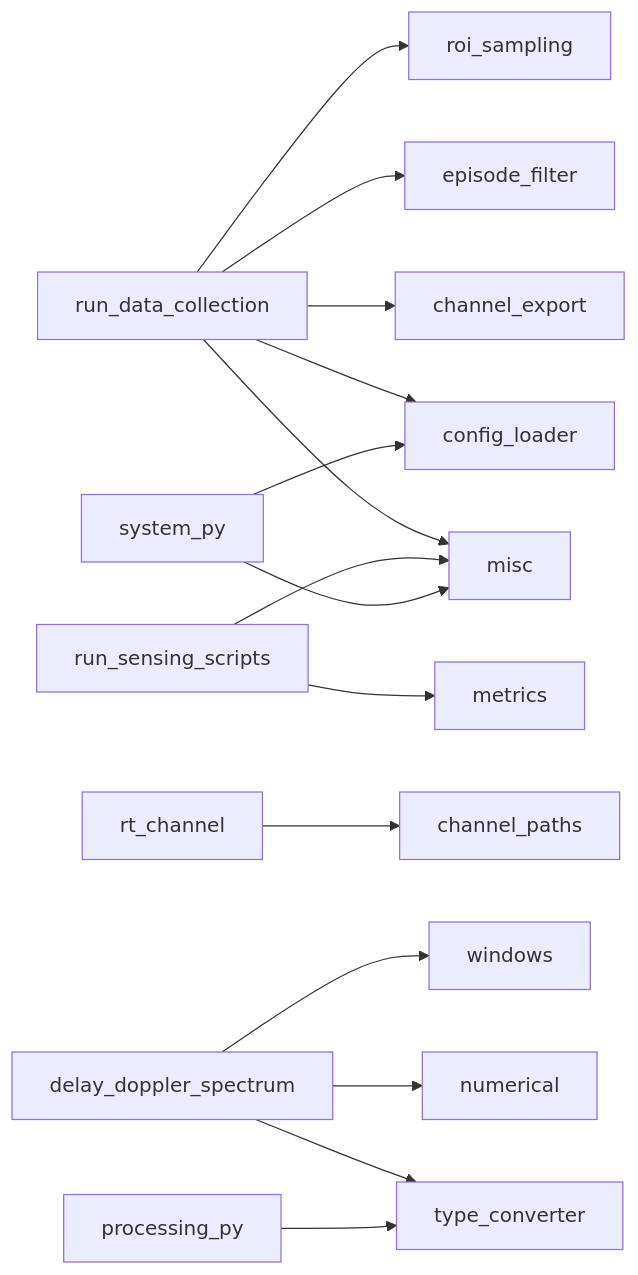
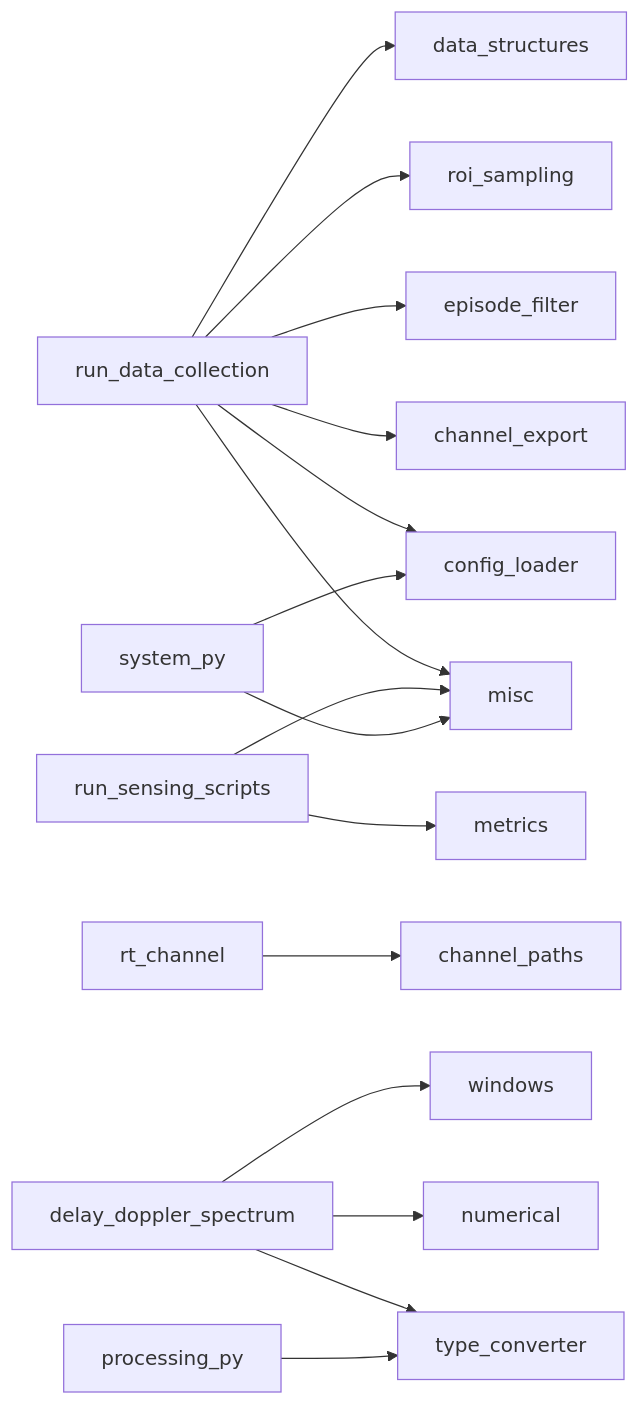
Before and after one commit to GitLinhp/isac: the diagram in docs/utils-functions.md, drawn with Mermaid. The commit also changed other lines of this file and 38 other files, not shown here.

````diff
--- a/docs/utils-functions.md
+++ b/docs/utils-functions.md
@@ -74,17 +74,18 @@
 ```mermaid
 flowchart LR
+  run_data_collection --> data_structures
   run_data_collection --> roi_sampling
   run_data_collection --> episode_filter
   run_data_collection --> channel_export
   run_data_collection --> config_loader
   run_data_collection --> misc
   run_sensing_scripts --> metrics
   run_sensing_scripts --> misc
   system_py --> config_loader
   system_py --> misc
   rt_channel --> channel_paths
   delay_doppler_spectrum --> windows
   delay_doppler_spectrum --> numerical
   delay_doppler_spectrum --> type_converter
   processing_py --> type_converter
 ```
````
